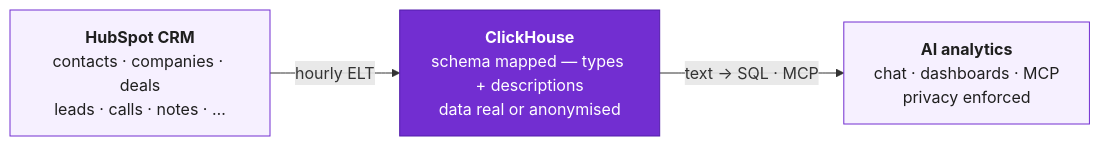
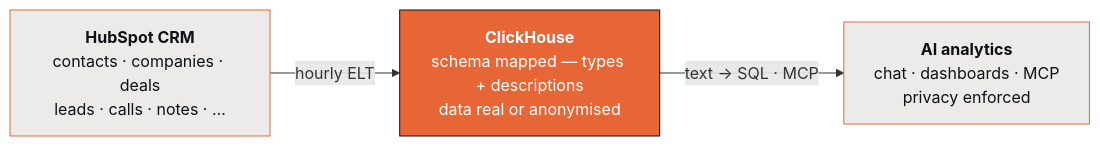
The first of 2 diagrams in README.md (borismichel/ClickSpot), drawn with Mermaid before and after one commit. The commit also changed other lines of this file, not shown here.

````diff
--- a/README.md
+++ b/README.md
@@ -147,13 +154,13 @@
 ```mermaid
 flowchart LR
     HS["<b>HubSpot CRM</b><br/>contacts · companies · deals<br/>leads · calls · notes · …"]
     CH["<b>ClickHouse</b><br/>schema mapped — types + descriptions<br/>data real or anonymised"]
     AI["<b>AI analytics</b><br/>chat · dashboards · MCP<br/>privacy enforced"]
     HS -->|"hourly ELT"| CH
     CH -->|"text → SQL · MCP"| AI
 
-    classDef store fill:#722ed1,stroke:#531dab,color:#fff;
-    classDef edge fill:#f6f0ff,stroke:#722ed1,color:#1f1f1f;
+    classDef store fill:#e76636,stroke:#0e1015,color:#ffffff;
+    classDef edge fill:#edebe9,stroke:#e76636,color:#0e1015;
     class CH store;
     class HS,AI edge;
 ```
````
